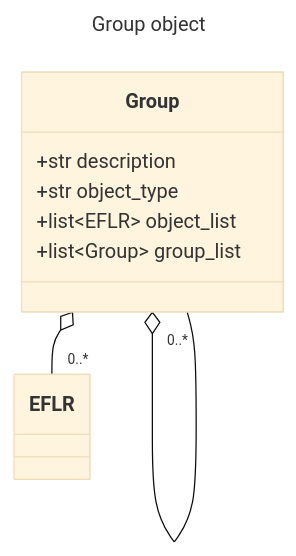
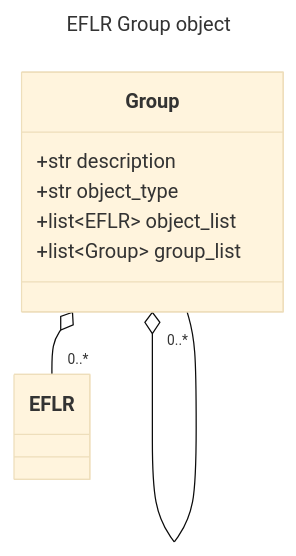
The third of 4 diagrams in README.md (well-id/dliswriter), drawn with Mermaid (base theme) before and after one commit. The commit also changed other lines of this file, not shown here.

Commit message:
Class diagrams for IFLR objects

````diff
--- a/README.md
+++ b/README.md
@@ -1460,16 +1461,16 @@
 ```mermaid
 ---
-title: Group object
+title: EFLR Group object
 ---
 classDiagram
     Group o-- "0..*" EFLR
     Group o-- "0..*" Group
 
     class Group{
         +str description
         +str object_type
         +list~EFLR~ object_list
         +list~Group~ group_list
     }
     
 ```
````
